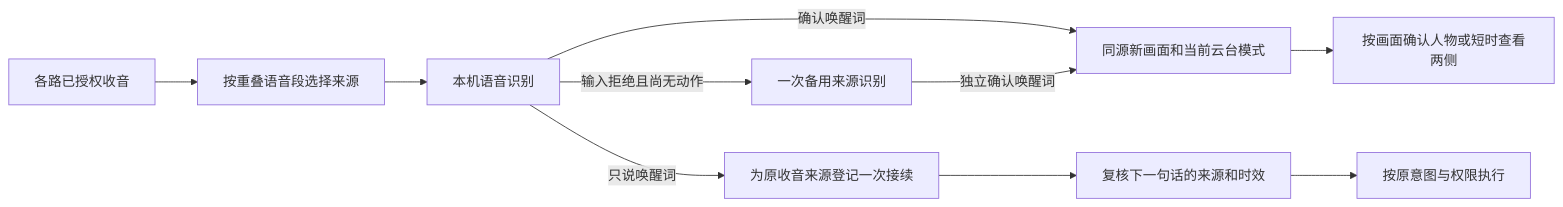
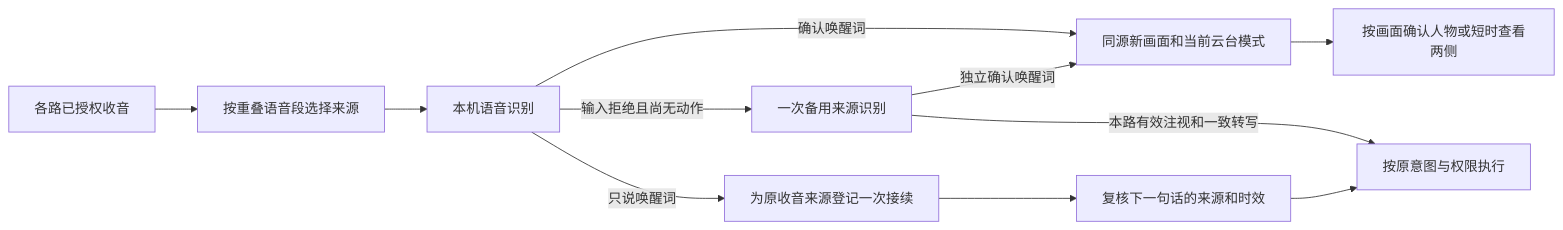
Before and after one commit to Geeprox/Friday: the ninth of 35 diagrams in docs/architecture.md, drawn with Mermaid. The commit also changed other lines of this file and 7 other files, not shown here.

````diff
--- a/docs/architecture.md
+++ b/docs/architecture.md
@@ -257,12 +259,13 @@
 ```mermaid
 flowchart LR
   A[各路已授权收音] --> B[按重叠语音段选择来源]
   B --> C[本机语音识别]
   C -->|输入拒绝且尚无动作| D[一次备用来源识别]
   C -->|确认唤醒词| E[同源新画面和当前云台模式]
   D -->|独立确认唤醒词| E
+  D -->|本路有效注视和一致转写| I[按原意图与权限执行]
   E --> F[按画面确认人物或短时查看两侧]
   C -->|只说唤醒词| G[为原收音来源登记一次接续]
   G --> H[复核下一句话的来源和时效]
-  H --> I[按原意图与权限执行]
+  H --> I
 ```
````
